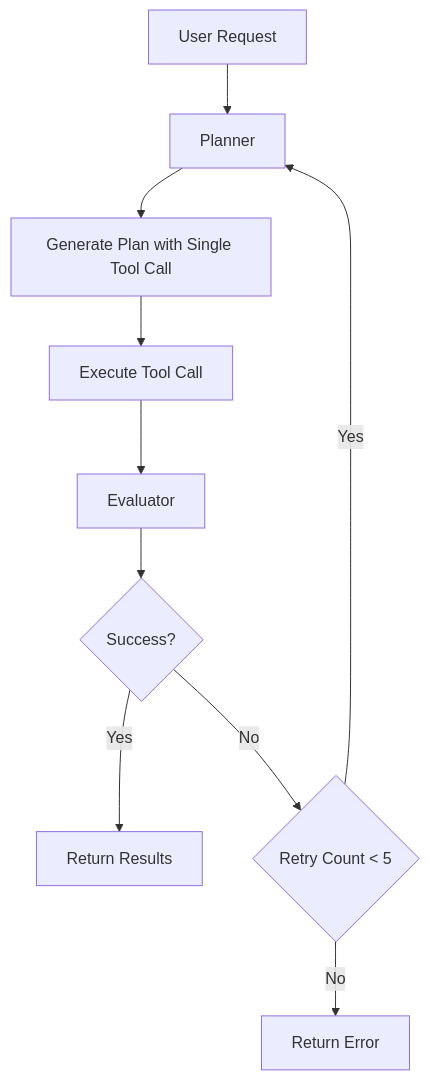
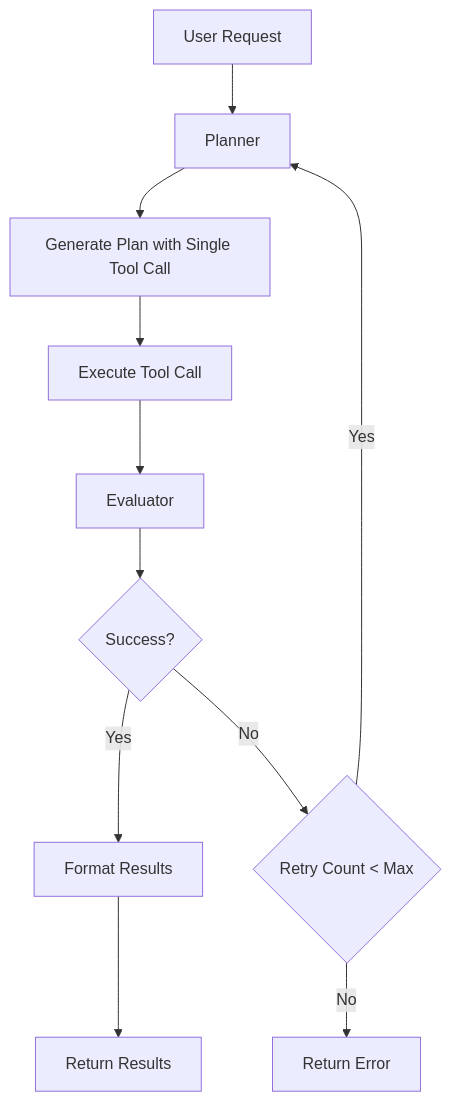
One commit to giselles-ai/giselle changed the second of 2 diagrams in packages/github-agent/README.md. Above: the diagram before and after it, drawn with Mermaid. The commit also changed other lines of this file, not shown here.

````diff
--- a/packages/github-agent/README.md
+++ b/packages/github-agent/README.md
@@ -134,12 +145,13 @@
 ```mermaid
 flowchart TD
     A[User Request] --> B[Planner]
     B --> C[Generate Plan with Single Tool Call]
     C --> D[Execute Tool Call]
     D --> E[Evaluator]
     E --> F{Success?}
-    F -->|Yes| G[Return Results]
-    F -->|No| H{Retry Count < 5}
-    H -->|Yes| B
-    H -->|No| I[Return Error]
+    F -->|Yes| G[Format Results]
+    G --> H[Return Results]
+    F -->|No| I{Retry Count < Max}
+    I -->|Yes| B
+    I -->|No| J[Return Error]
 ```
````
